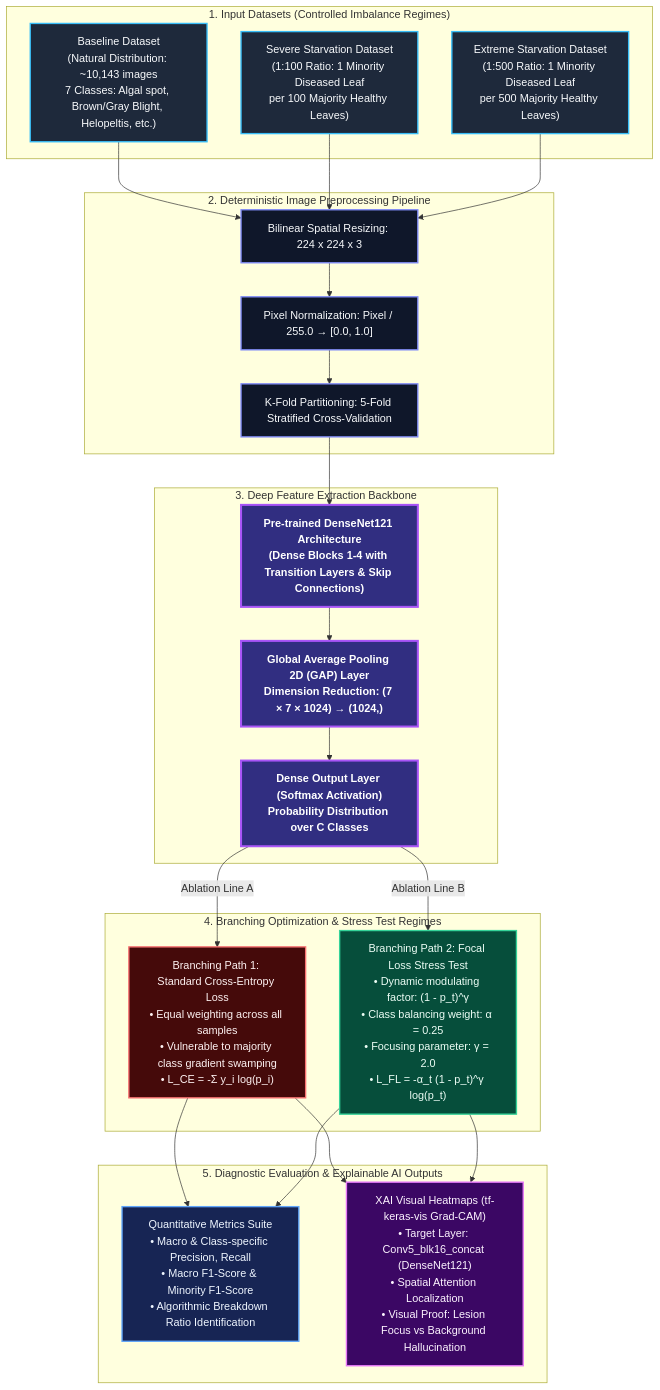
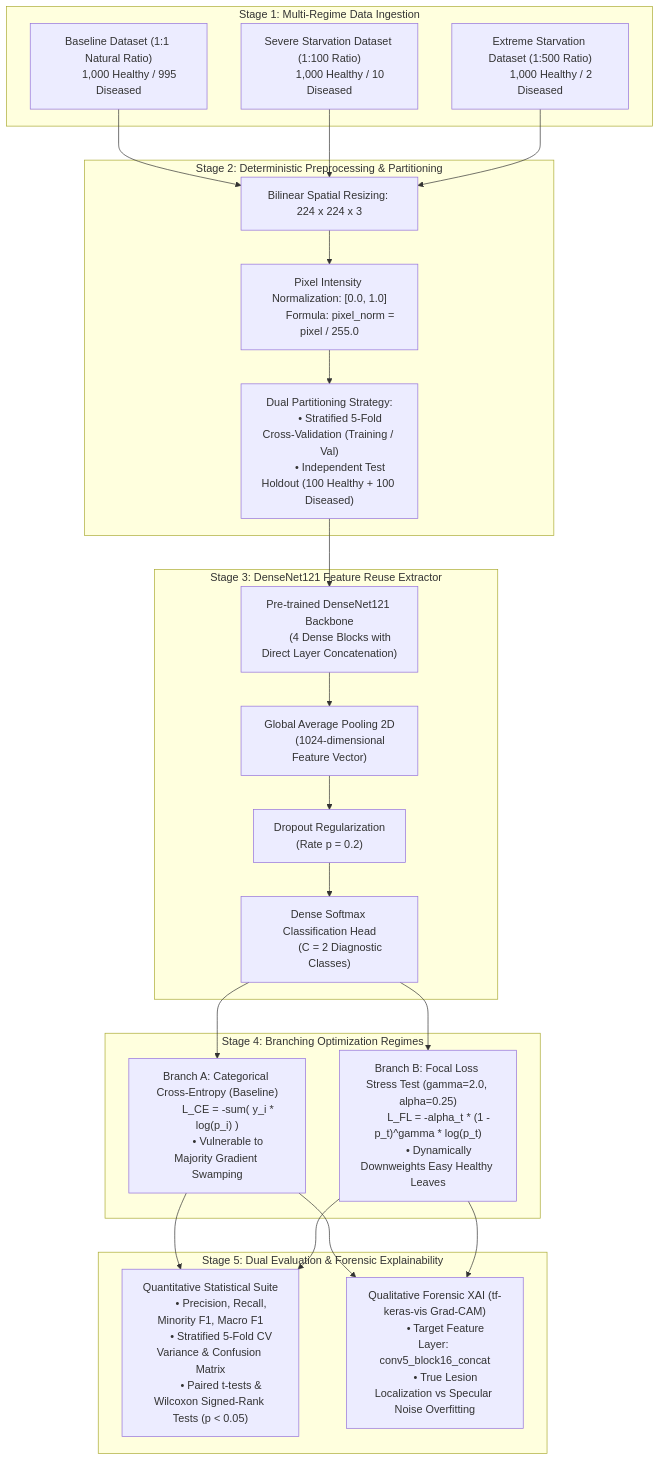
The diagram in milestone2_deliverables/architecture_diagram.md (E-Dasun-Manjitha/Tea-Leaf-Focal-Loss-Research), drawn with Mermaid before and after one commit. The commit also changed other lines of this file and 2 other files, not shown here.

Commit message:
docs: synchronize verified system architecture diagram with README

````diff
--- a/milestone2_deliverables/architecture_diagram.md
+++ b/milestone2_deliverables/architecture_diagram.md
@@ -3,55 +5,66 @@
 ```mermaid
 flowchart TD
-    %% Styling Definitions
-    classDef inputStyle fill:#1e293b,stroke:#38bdf8,stroke-width:2px,color:#f8fafc;
-    classDef prepStyle fill:#0f172a,stroke:#818cf8,stroke-width:2px,color:#f8fafc;
-    classDef modelStyle fill:#312e81,stroke:#a855f7,stroke-width:3px,color:#ffffff,font-weight:bold;
-    classDef branch1Style fill:#450a0a,stroke:#f87171,stroke-width:2px,color:#fef2f2;
-    classDef branch2Style fill:#064e3b,stroke:#34d399,stroke-width:2px,color:#ecfdf5;
-    classDef outputMetric fill:#172554,stroke:#60a5fa,stroke-width:2px,color:#eff6ff;
-    classDef outputGrad fill:#3b0764,stroke:#e879f9,stroke-width:2px,color:#fdf4ff;
-
-    %% Data Ingestion Layer
-    subgraph S1 ["1. Input Datasets (Controlled Imbalance Regimes)"]
-        D1["Baseline Dataset<br/>(Natural Distribution: ~10,143 images<br/>7 Classes: Algal spot, Brown/Gray Blight, Helopeltis, etc.)"]:::inputStyle
-        D2["Severe Starvation Dataset<br/>(1:100 Ratio: 1 Minority Diseased Leaf<br/>per 100 Majority Healthy Leaves)"]:::inputStyle
-        D3["Extreme Starvation Dataset<br/>(1:500 Ratio: 1 Minority Diseased Leaf<br/>per 500 Majority Healthy Leaves)"]:::inputStyle
+    subgraph S1 ["Stage 1: Multi-Regime Data Ingestion"]
+        D1["Baseline Dataset (1:1 Natural Ratio)
+        1,000 Healthy / 995 Diseased"]
+        D2["Severe Starvation Dataset (1:100 Ratio)
+        1,000 Healthy / 10 Diseased"]
+        D3["Extreme Starvation Dataset (1:500 Ratio)
+        1,000 Healthy / 2 Diseased"]
     end
 
-    %% Preprocessing Pipeline
-    subgraph S2 ["2. Deterministic Image Preprocessing Pipeline"]
-        P1["Bilinear Spatial Resizing: 224 x 224 x 3"]:::prepStyle
-        P2["Pixel Normalization: Pixel / 255.0 &rarr; [0.0, 1.0]"]:::prepStyle
-        P3["K-Fold Partitioning: 5-Fold Stratified Cross-Validation"]:::prepStyle
-        D1 --> P1
-        D2 --> P1
-        D3 --> P1
-        P1 --> P2 --> P3
+    subgraph S2 ["Stage 2: Deterministic Preprocessing & Partitioning"]
+        P1["Bilinear Spatial Resizing: 224 x 224 x 3"]
+        P2["Pixel Intensity Normalization: [0.0, 1.0]
+        Formula: pixel_norm = pixel / 255.0"]
+        P3["Dual Partitioning Strategy:
+        • Stratified 5-Fold Cross-Validation (Training / Val)
+        • Independent Test Holdout (100 Healthy + 100 Diseased)"]
     end
 
-    %% Feature Extractor Backbone
-    subgraph S3 ["3. Deep Feature Extraction Backbone"]
-        M1["Pre-trained DenseNet121 Architecture<br/>(Dense Blocks 1-4 with Transition Layers & Skip Connections)"]:::modelStyle
-        M2["Global Average Pooling 2D (GAP) Layer<br/>Dimension Reduction: (7 &times; 7 &times; 1024) &rarr; (1024,)"]:::modelStyle
-        M3["Dense Output Layer (Softmax Activation)<br/>Probability Distribution over C Classes"]:::modelStyle
-        P3 --> M1 --> M2 --> M3
+    subgraph S3 ["Stage 3: DenseNet121 Feature Reuse Extractor"]
+        M1["Pre-trained DenseNet121 Backbone
+        (4 Dense Blocks with Direct Layer Concatenation)"]
+        M2["Global Average Pooling 2D
+        (1024-dimensional Feature Vector)"]
+        M2B["Dropout Regularization
+        (Rate p = 0.2)"]
+        M3["Dense Softmax Classification Head
+        (C = 2 Diagnostic Classes)"]
     end
 
-    %% Dual Branching Loss Regimes
-    subgraph S4 ["4. Branching Optimization & Stress Test Regimes"]
-        B1["Branching Path 1: Standard Cross-Entropy Loss<br/>&bull; Equal weighting across all samples<br/>&bull; Vulnerable to majority class gradient swamping<br/>&bull; L_CE = -&Sigma; y_i log(p_i)"]:::branch1Style
-        B2["Branching Path 2: Focal Loss Stress Test<br/>&bull; Dynamic modulating factor: (1 - p_t)^&gamma;<br/>&bull; Class balancing weight: &alpha; = 0.25<br/>&bull; Focusing parameter: &gamma; = 2.0<br/>&bull; L_FL = -&alpha;_t (1 - p_t)^&gamma; log(p_t)"]:::branch2Style
-        M3 -->|"Ablation Line A"| B1
-        M3 -->|"Ablation Line B"| B2
+    subgraph S4 ["Stage 4: Branching Optimization Regimes"]
+        B1["Branch A: Categorical Cross-Entropy (Baseline)
+        L_CE = -sum( y_i * log(p_i) )
+        • Vulnerable to Majority Gradient Swamping"]
+        B2["Branch B: Focal Loss Stress Test (gamma=2.0, alpha=0.25)
+        L_FL = -alpha_t * (1 - p_t)^gamma * log(p_t)
+        • Dynamically Downweights Easy Healthy Leaves"]
     end
 
-    %% Dual Evaluation & Explainability Outputs
-    subgraph S5 ["5. Diagnostic Evaluation & Explainable AI Outputs"]
-        O1["Quantitative Metrics Suite<br/>&bull; Macro & Class-specific Precision, Recall<br/>&bull; Macro F1-Score & Minority F1-Score<br/>&bull; Algorithmic Breakdown Ratio Identification"]:::outputMetric
-        O2["XAI Visual Heatmaps (tf-keras-vis Grad-CAM)<br/>&bull; Target Layer: Conv5_blk16_concat (DenseNet121)<br/>&bull; Spatial Attention Localization<br/>&bull; Visual Proof: Lesion Focus vs Background Hallucination"]:::outputGrad
-        B1 --> O1
-        B2 --> O1
-        B1 --> O2
-        B2 --> O2
+    subgraph S5 ["Stage 5: Dual Evaluation & Forensic Explainability"]
+        O1["Quantitative Statistical Suite
+        • Precision, Recall, Minority F1, Macro F1
+        • Stratified 5-Fold CV Variance & Confusion Matrix
+        • Paired t-tests & Wilcoxon Signed-Rank Tests (p < 0.05)"]
+        O2["Qualitative Forensic XAI (tf-keras-vis Grad-CAM)
+        • Target Feature Layer: conv5_block16_concat
+        • True Lesion Localization vs Specular Noise Overfitting"]
     end
+
+    D1 --> P1
+    D2 --> P1
+    D3 --> P1
+    P1 --> P2
+    P2 --> P3
+    P3 --> M1
+    M1 --> M2
+    M2 --> M2B
+    M2B --> M3
+    M3 --> B1
+    M3 --> B2
+    B1 --> O1
+    B2 --> O1
+    B1 --> O2
+    B2 --> O2
 ```
````
